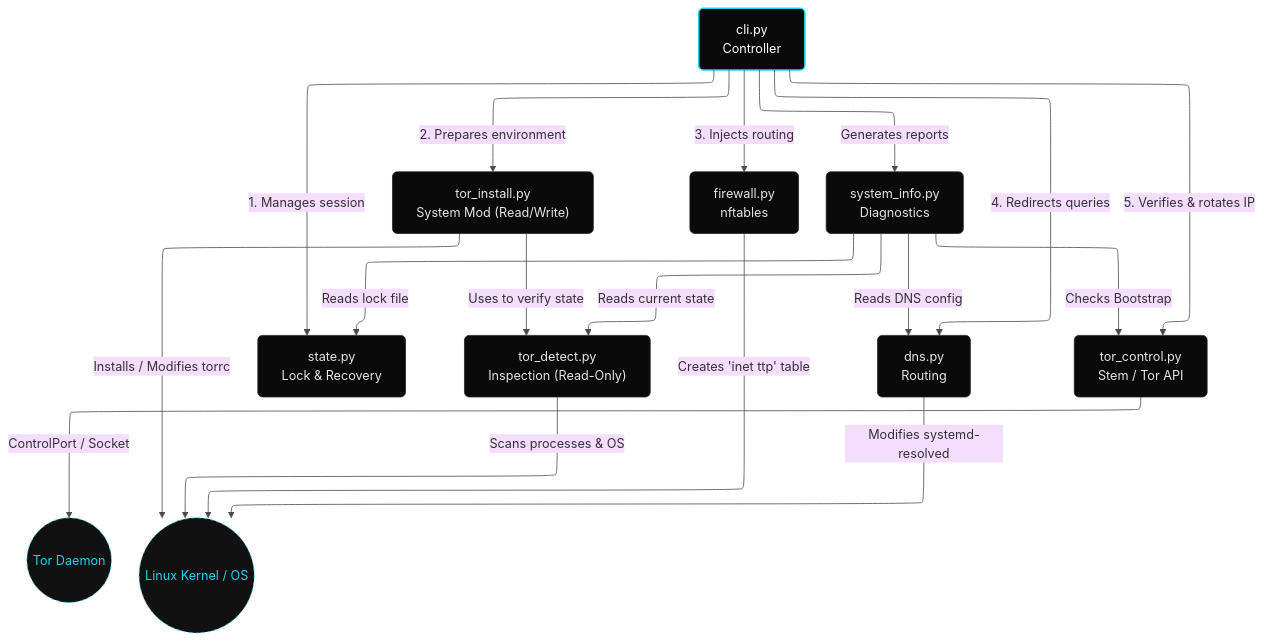
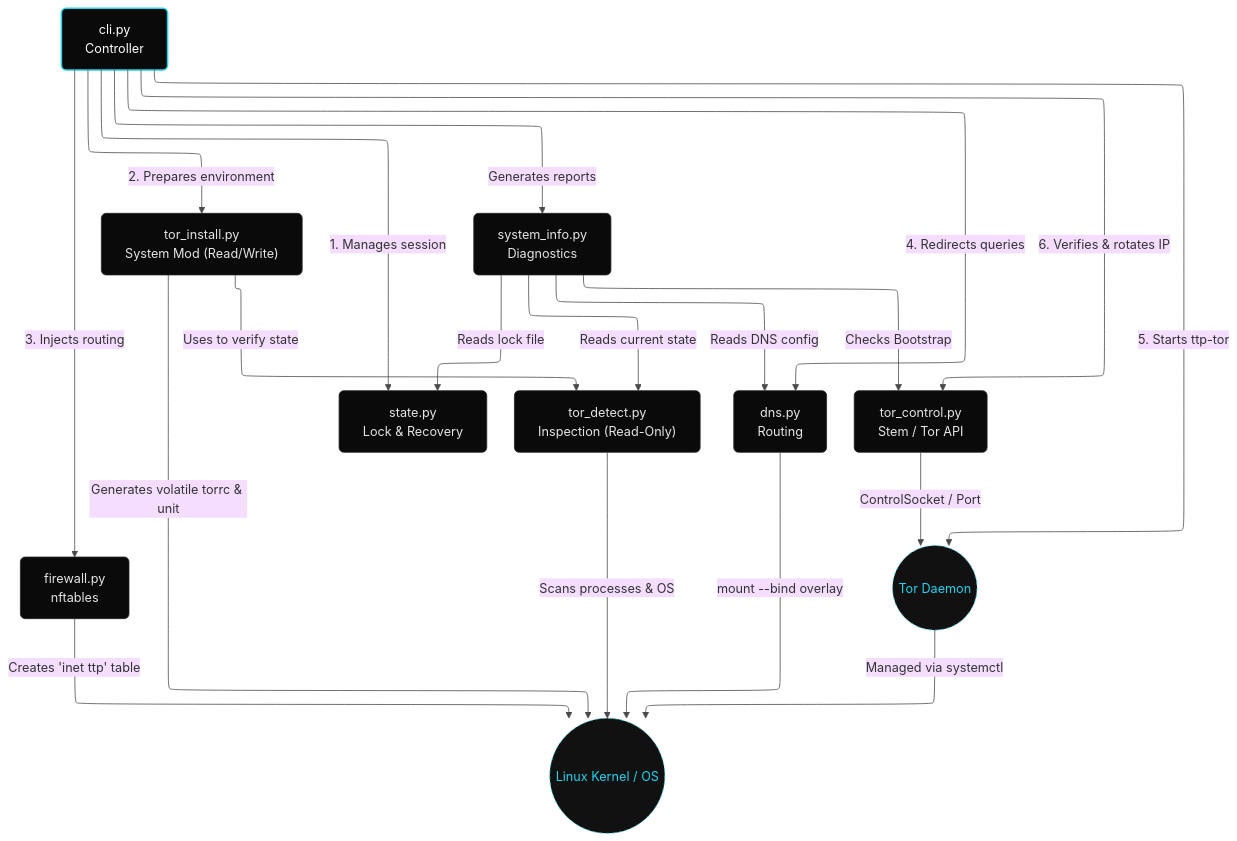
The diagram in docs/architecture.md (onyks-os/TransparentTorProxy), drawn with Mermaid before and after one commit. The commit also changed other lines of this file and 48 other files, not shown here.

````diff
--- a/docs/architecture.md
+++ b/docs/architecture.md
@@ -156,52 +163,54 @@
 ```mermaid
 %%{init: {
   "flowchart": {"defaultRenderer": "elk"},
   "theme": "base",
   "themeVariables": {
     "fontFamily": "JetBrains Mono, monospace",
     "background": "transparent",
     "lineColor": "#4a4a4a",
     "textColor": "#9ca3af"
   }
 }}%%
 graph TD
     classDef orchestrator fill:#0a0a0a,stroke:#22d3ee,stroke-width:2px,color:#fff,rx:6px,ry:6px
     classDef module fill:#0a0a0a,stroke:#262626,stroke-width:1px,color:#e5e5e5,rx:6px,ry:6px
     classDef system fill:#111111,stroke:#22d3ee,stroke-width:1px,stroke-dasharray: 4 4,color:#22d3ee,rx:6px,ry:6px
 
     %% Nodes
     CLI["cli.py<br/>Controller"]:::orchestrator
     
     STATE["state.py<br/>Lock & Recovery"]:::module
     DETECT["tor_detect.py<br/>Inspection (Read-Only)"]:::module
     INSTALL["tor_install.py<br/>System Mod (Read/Write)"]:::module
     FIREWALL["firewall.py<br/>nftables"]:::module
     DNS["dns.py<br/>Routing"]:::module
     CONTROL["tor_control.py<br/>Stem / Tor API"]:::module
     SYSINFO["system_info.py<br/>Diagnostics"]:::module
 
     TOR(("Tor Daemon")):::system
     KERNEL(("Linux Kernel / OS")):::system
 
     %% Orchestrator Flow
     CLI -->|1. Manages session| STATE
     CLI -->|2. Prepares environment| INSTALL
     CLI -->|3. Injects routing| FIREWALL
     CLI -->|4. Redirects queries| DNS
-    CLI -->|5. Verifies & rotates IP| CONTROL
+    CLI -->|5. Starts ttp-tor| TOR
+    CLI -->|6. Verifies & rotates IP| CONTROL
     CLI -->|Generates reports| SYSINFO
 
     %% Inter-module Dependencies
     INSTALL -->|Uses to verify state| DETECT
     SYSINFO -->|Reads current state| DETECT
     SYSINFO -->|Reads lock file| STATE
     SYSINFO -->|Reads DNS config| DNS
     SYSINFO -->|Checks Bootstrap| CONTROL
 
     %% System Interactions
-    INSTALL -->|Installs / Modifies torrc| KERNEL
+    INSTALL -->|Generates volatile torrc & unit| KERNEL
     FIREWALL -->|Creates 'inet ttp' table| KERNEL
-    DNS -->|Modifies systemd-resolved| KERNEL
+    DNS -->|mount --bind overlay| KERNEL
     DETECT -->|Scans processes & OS| KERNEL
-    CONTROL -->|ControlPort / Socket| TOR
+    TOR -->|Managed via systemctl| KERNEL
+    CONTROL -->|ControlSocket / Port| TOR
 ```
````
